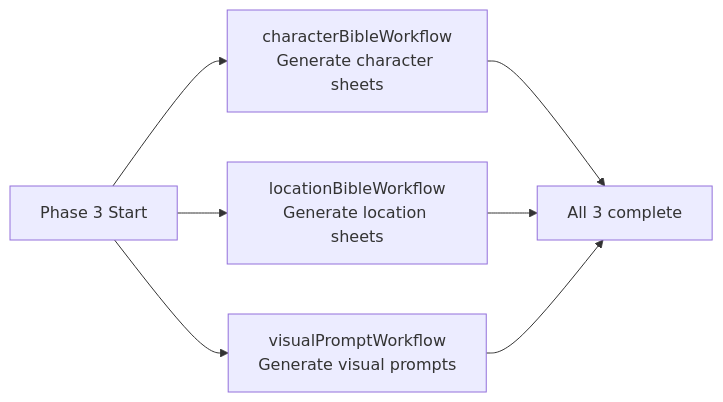
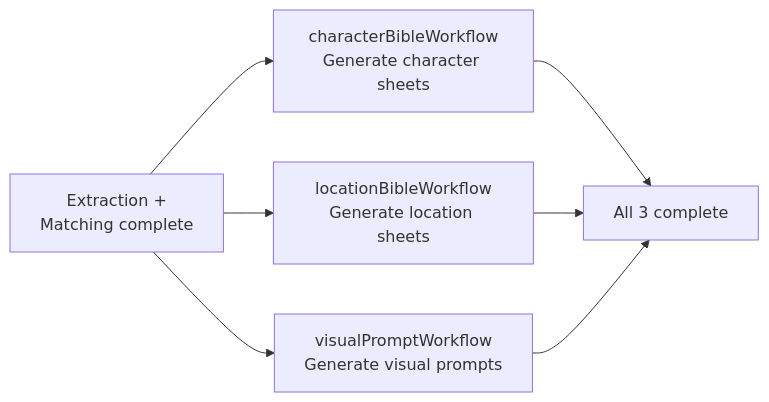
One commit to hhwjsw711/openstory changed the fifth of 6 diagrams in docs/workflow.md. Above: the diagram before and after it, drawn with Mermaid. The commit also changed other lines of this file, not shown here.

Commit message:
Updated workflow diagram

````diff
--- a/docs/workflow.md
+++ b/docs/workflow.md
@@ -263,9 +279,9 @@
 ```mermaid
 flowchart LR
-    P3["Phase 3 Start"] --> CS["characterBibleWorkflow<br/>Generate character sheets"]
+    P3["Extraction +<br/>Matching complete"] --> CS["characterBibleWorkflow<br/>Generate character sheets"]
     P3 --> LS["locationBibleWorkflow<br/>Generate location sheets"]
     P3 --> VP["visualPromptWorkflow<br/>Generate visual prompts"]
     CS --> Join["All 3 complete"]
     LS --> Join
     VP --> Join
 ```
````
